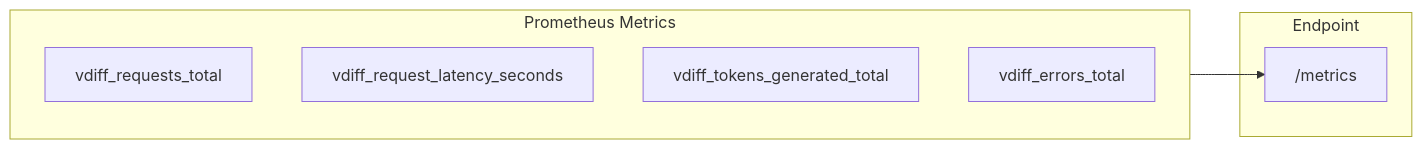
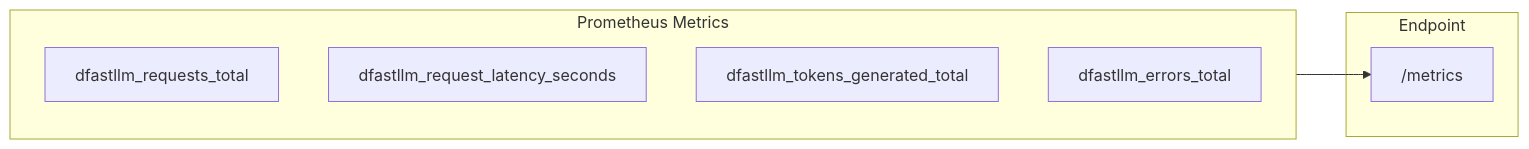
One commit to mwaykole/vdiff changed diagram 14 of 18 in docs/dev-doc/03-project-structure.md. Above: the diagram before and after it, drawn with Mermaid. The commit also changed other lines of this file and 53 other files, not shown here.

First line of the commit message:
refactor: Rename all vdiff references to dfastllm

````diff
--- a/docs/dev-doc/03-project-structure.md
+++ b/docs/dev-doc/03-project-structure.md
@@ -487,15 +487,15 @@
 ```mermaid
 flowchart LR
     subgraph Metrics["Prometheus Metrics"]
-        REQ["vdiff_requests_total"]
-        LAT["vdiff_request_latency_seconds"]
-        TOK["vdiff_tokens_generated_total"]
-        ERR["vdiff_errors_total"]
+        REQ["dfastllm_requests_total"]
+        LAT["dfastllm_request_latency_seconds"]
+        TOK["dfastllm_tokens_generated_total"]
+        ERR["dfastllm_errors_total"]
     end
     
     subgraph Endpoint["Endpoint"]
         EP["/metrics"]
     end
     
     Metrics --> EP
 ```
````
